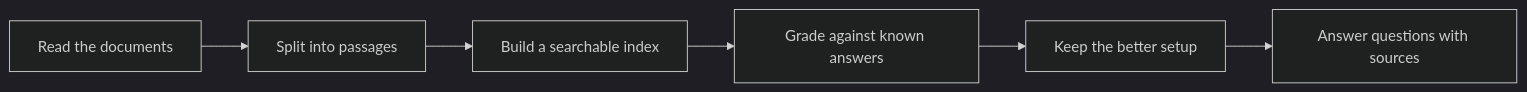
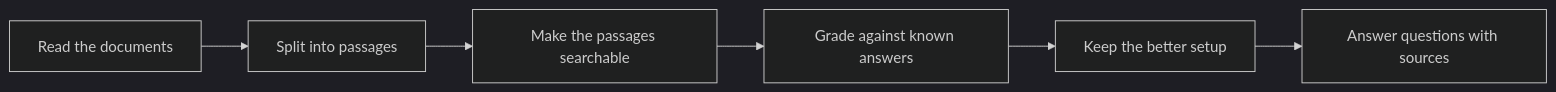
Before and after one commit to The-Software-Garchitect/autorag: the first of 4 diagrams in README.md, drawn with Mermaid (dark theme). The commit also changed other lines of this file and 3 other files, not shown here.

````diff
--- a/README.md
+++ b/README.md
@@ -126,8 +39,8 @@
 ```mermaid
 flowchart LR
   A[Read the documents] --> B[Split into passages]
-  B --> C[Build a searchable index]
+  B --> C[Make the passages searchable]
   C --> D[Grade against known answers]
   D --> E[Keep the better setup]
   E --> F[Answer questions with sources]
 ```
````
